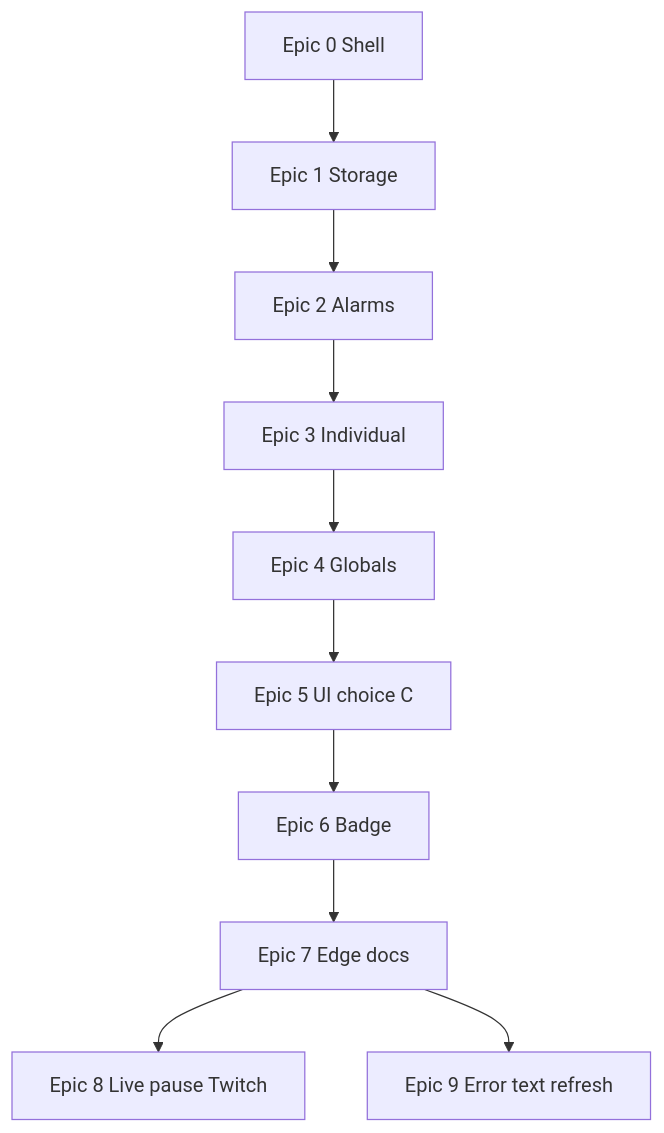
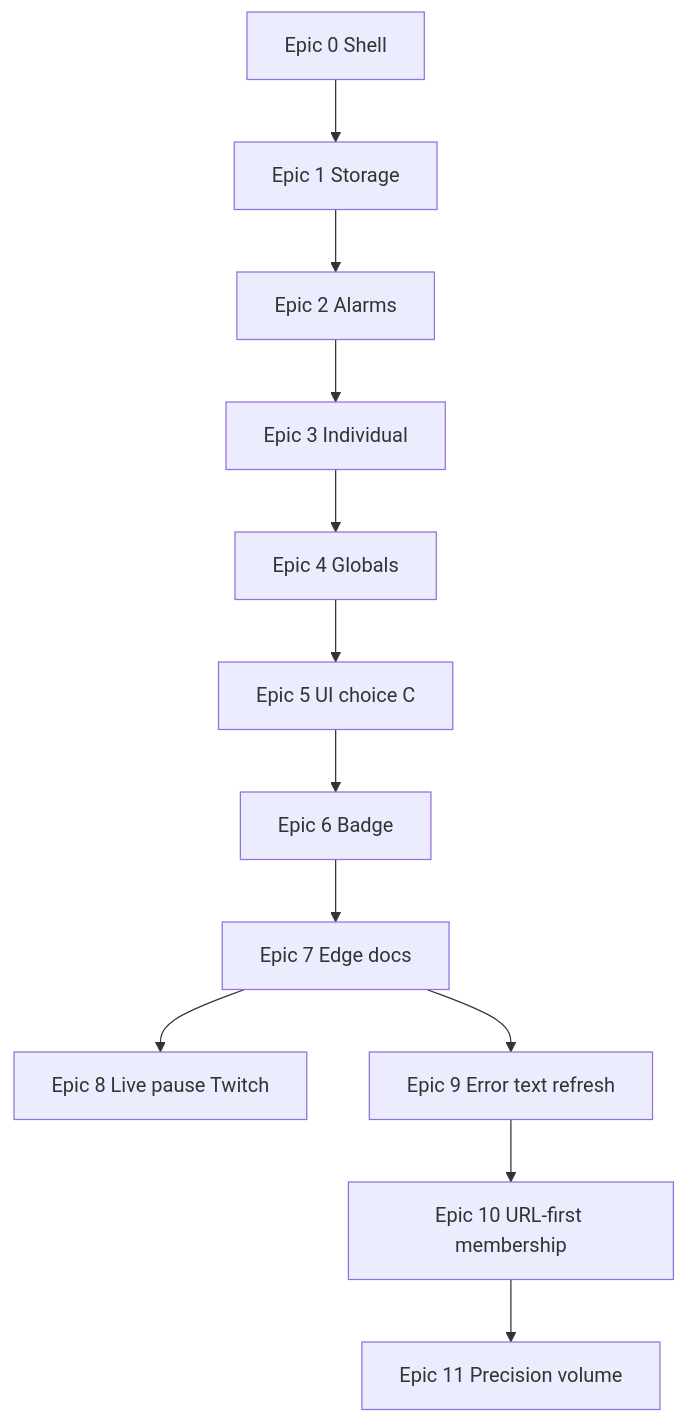
One commit to pbuckles22/URLAutoRefresher changed the diagram in doc/plan/EDGE_URL_AUTO_REFRESHER_PLAN.md. Above: the diagram before and after it, drawn with Mermaid. The commit also changed other lines of this file and 5 other files, not shown here.

Commit message:
feat(epic-10): 10.1 member URL identity helpers (Vitest)

````diff
--- a/doc/plan/EDGE_URL_AUTO_REFRESHER_PLAN.md
+++ b/doc/plan/EDGE_URL_AUTO_REFRESHER_PLAN.md
@@ -353,16 +401,20 @@
 ```mermaid
 flowchart TD
   epic0[Epic 0 Shell]
   epic1[Epic 1 Storage]
   epic2[Epic 2 Alarms]
   epic3[Epic 3 Individual]
   epic4[Epic 4 Globals]
   epic5[Epic 5 UI choice C]
   epic6[Epic 6 Badge]
   epic7[Epic 7 Edge docs]
   epic8[Epic 8 Live pause Twitch]
   epic9[Epic 9 Error text refresh]
+  epic10[Epic 10 URL-first membership]
+  epic11[Epic 11 Precision volume]
   epic0 --> epic1 --> epic2 --> epic3 --> epic4 --> epic5 --> epic6 --> epic7
   epic7 --> epic8
   epic7 --> epic9
+  epic9 --> epic10
+  epic10 --> epic11
 ```
````
